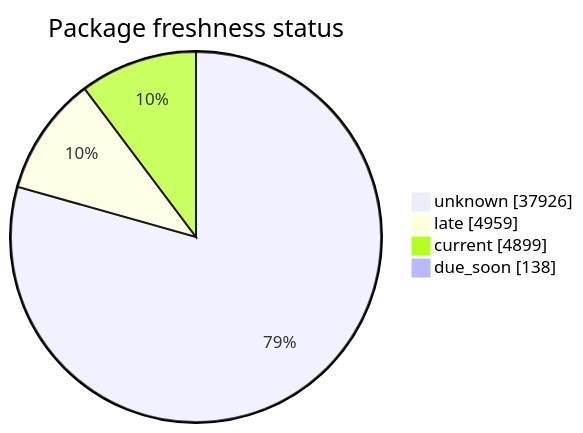
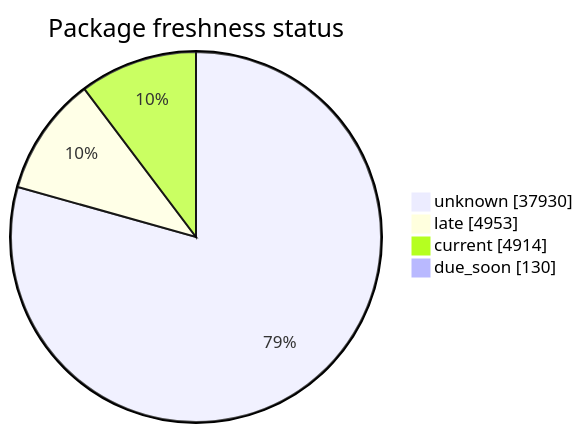
One commit to open-data/analytics-corporate-reporting changed the second of 5 diagrams in FreshCheck/README.md. Above: the diagram before and after it, drawn with Mermaid. The commit also changed other lines of this file and 3 other files, not shown here.

````diff
--- a/FreshCheck/README.md
+++ b/FreshCheck/README.md
@@ -68,7 +68,7 @@
 ```mermaid
 pie showData title Package freshness status
-    "unknown": 37926
-    "late": 4959
-    "current": 4899
-    "due_soon": 138
+    "unknown": 37930
+    "late": 4953
+    "current": 4914
+    "due_soon": 130
 ```
````
